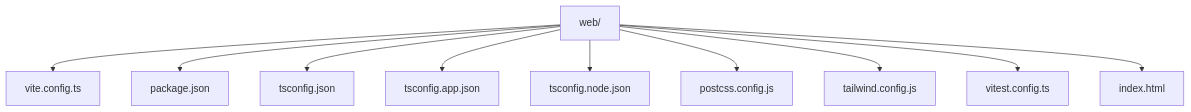
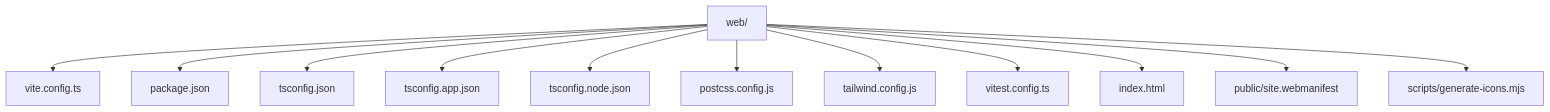
One commit to Damao997/newproject changed the first of 4 diagrams in .qoder/repowiki/zh/content/构建与部署/构建配置详解.md. Above: the diagram before and after it, drawn with Mermaid. The commit also changed other lines of this file and 23 other files, not shown here.

````diff
--- a/.qoder/repowiki/zh/content/构建与部署/构建配置详解.md
+++ b/.qoder/repowiki/zh/content/构建与部署/构建配置详解.md
@@ -34,12 +45,14 @@
 ```mermaid
 graph TB
 A["web/"] --> B["vite.config.ts"]
 A --> C["package.json"]
 A --> D["tsconfig.json"]
 A --> E["tsconfig.app.json"]
 A --> F["tsconfig.node.json"]
 A --> G["postcss.config.js"]
 A --> H["tailwind.config.js"]
 A --> I["vitest.config.ts"]
 A --> J["index.html"]
+A --> K["public/site.webmanifest"]
+A --> L["scripts/generate-icons.mjs"]
 ```
````
